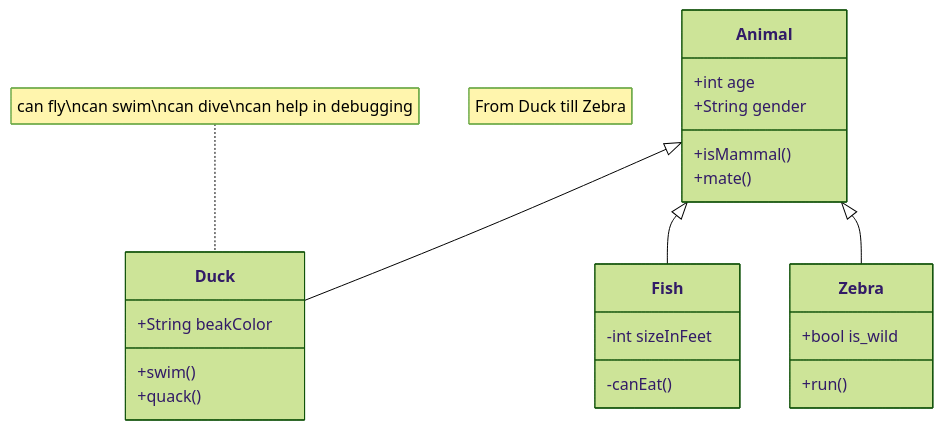
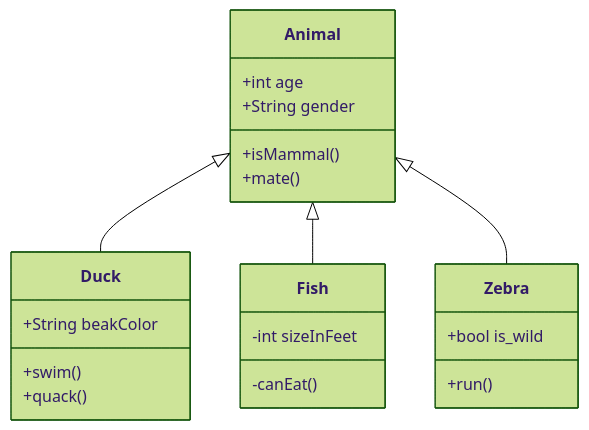
One commit to Jetmores/key2demo changed the diagram in work/sor.md. Above: the diagram before and after it, drawn with Mermaid (forest theme).

````diff
--- a/work/sor.md
+++ b/work/sor.md
@@ -12,25 +12,23 @@
 ```mermaid
 classDiagram
-    note "From Duck till Zebra"
     Animal <|-- Duck
-    note for Duck "can fly\ncan swim\ncan dive\ncan help in debugging"
     Animal <|-- Fish
     Animal <|-- Zebra
     Animal : +int age
     Animal : +String gender
     Animal: +isMammal()
     Animal: +mate()
     class Duck{
         +String beakColor
         +swim()
         +quack()
     }
     class Fish{
         -int sizeInFeet
         -canEat()
     }
     class Zebra{
         +bool is_wild
         +run()
     }
 ```
````
